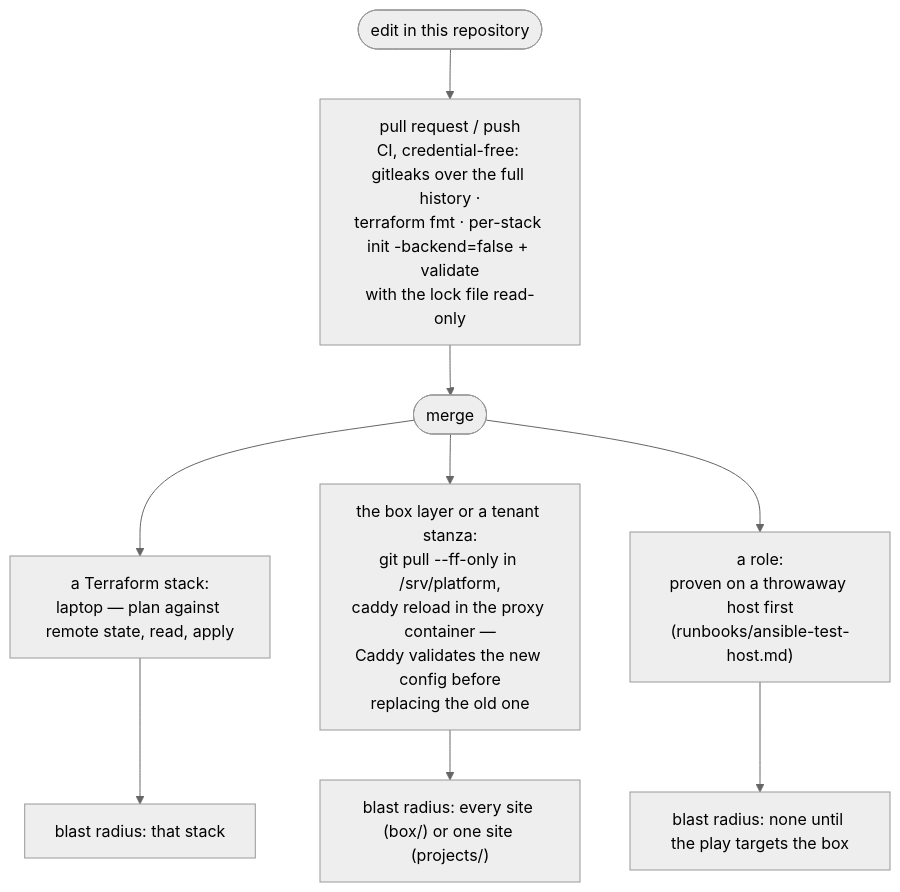
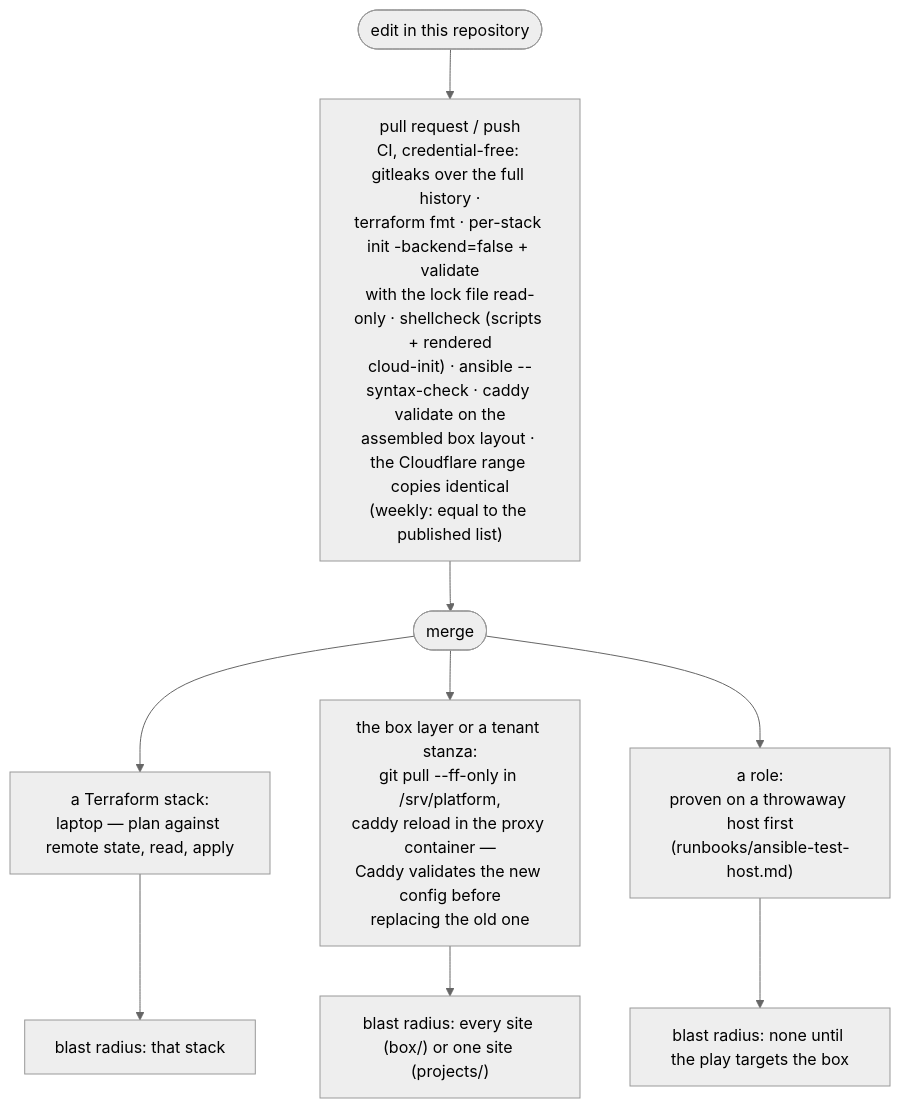
The third of 3 diagrams in ARCHITECTURE.md (arda-basarici/platform), drawn with Mermaid (neutral theme) before and after one commit. The commit also changed other lines of this file and 2 other files, not shown here.

Commit message:
docs: CI described as it runs — every configuration kind checked, Dependabot moves the pins; the backups role's drop-in

````diff
--- a/ARCHITECTURE.md
+++ b/ARCHITECTURE.md
@@ -141,22 +141,25 @@
 ```mermaid
 %%{init: {"flowchart": {"diagramPadding": 150}}}%%
 flowchart TD
     EDIT([edit in this repository]) --> PR["`pull request / push
     CI, credential-free: gitleaks over the full history ·
     terraform fmt · per-stack init -backend=false + validate
-    with the lock file read-only`"]
+    with the lock file read-only · shellcheck (scripts + rendered
+    cloud-init) · ansible --syntax-check · caddy validate on the
+    assembled box layout · the Cloudflare range copies identical
+    (weekly: equal to the published list)`"]
     PR --> MERGE([merge])
     MERGE --> TF["`a Terraform stack:
     laptop — plan against remote state, read, apply`"]
     MERGE --> BOX["`the box layer or a tenant stanza:
     git pull --ff-only in /srv/platform,
     caddy reload in the proxy container —
     Caddy validates the new config before
     replacing the old one`"]
     MERGE --> ANS["`a role:
     proven on a throwaway host first
     (runbooks/ansible-test-host.md)`"]
     TF --> R1["blast radius: that stack"]
     BOX --> R2["blast radius: every site (box/) or one site (projects/)"]
     ANS --> R3["blast radius: none until the play targets the box"]
 ```
````
